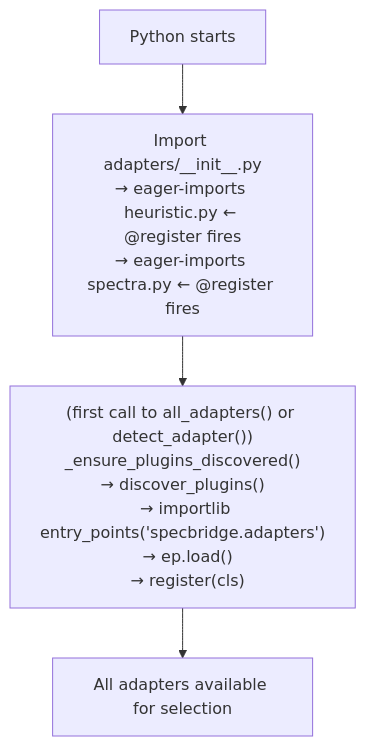
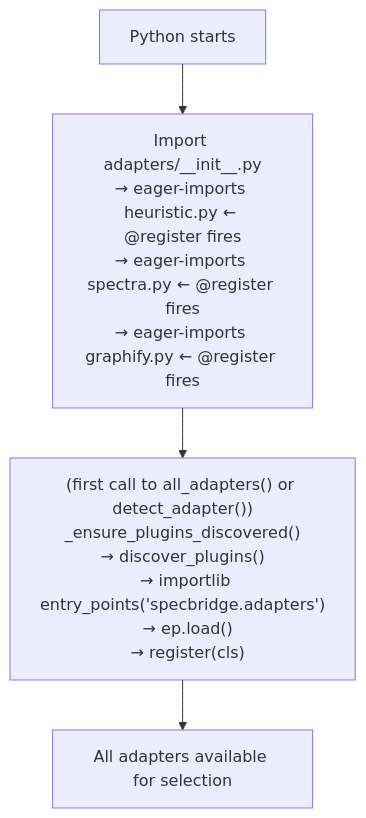
Before and after one commit to nekolife1984/specbridge: the second of 2 diagrams in docs/en/03-adapter-plugin-system.md, drawn with Mermaid. The commit also changed other lines of this file and 6 other files, not shown here.

````diff
--- a/docs/en/03-adapter-plugin-system.md
+++ b/docs/en/03-adapter-plugin-system.md
@@ -176,9 +214,9 @@
 ```mermaid
 flowchart TB
     START["Python starts"]
-    IMPORT["Import adapters/__init__.py<br/>→ eager-imports heuristic.py ← @register fires<br/>→ eager-imports spectra.py ← @register fires"]
+    IMPORT["Import adapters/__init__.py<br/>→ eager-imports heuristic.py ← @register fires<br/>→ eager-imports spectra.py ← @register fires<br/>→ eager-imports graphify.py ← @register fires"]
     DISCOVER["(first call to all_adapters() or detect_adapter())<br/>_ensure_plugins_discovered()<br/>→ discover_plugins()<br/>  → importlib entry_points('specbridge.adapters')<br/>  → ep.load()<br/>  → register(cls)"]
     DONE["All adapters available for selection"]
 
     START --> IMPORT --> DISCOVER --> DONE
 ```
````
